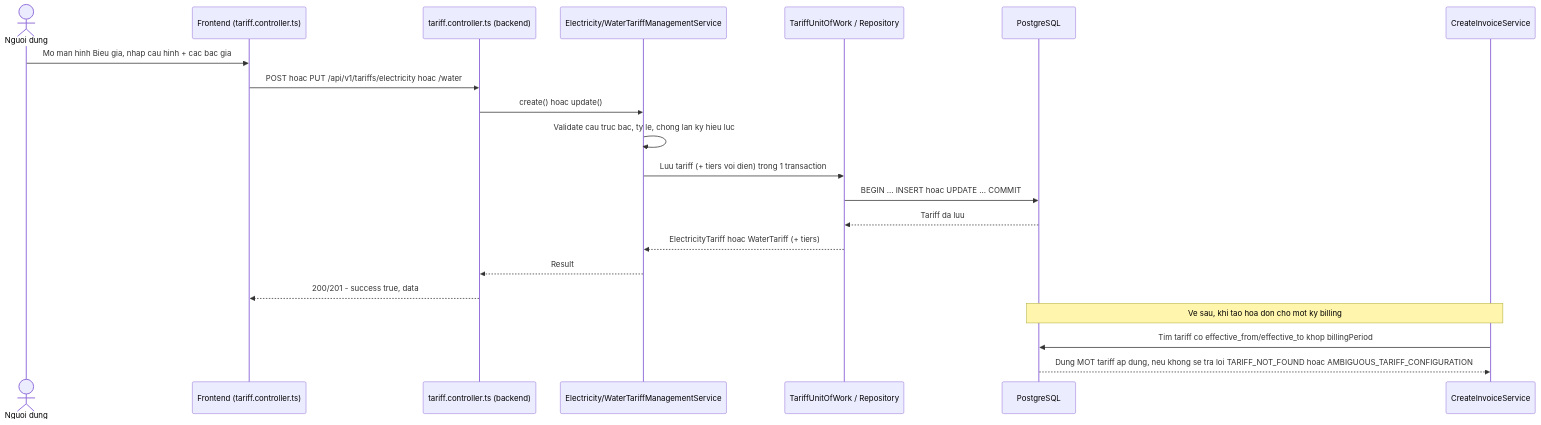
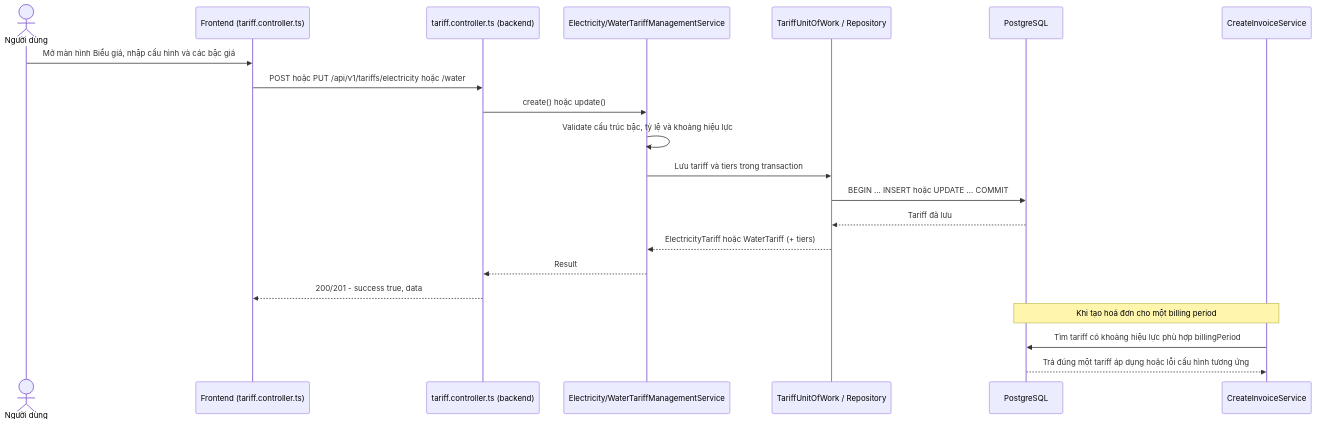
The third of 4 diagrams in README.md (QuocThinh271222007/OpenUtilityBill), drawn with Mermaid before and after one commit. The commit also changed other lines of this file, not shown here.

````diff
--- a/README.md
+++ b/README.md
@@ -130,25 +125,25 @@
 ```mermaid
 sequenceDiagram
-    actor U as Nguoi dung
+    actor U as Người dùng
     participant FE as Frontend (tariff.controller.ts)
     participant C as tariff.controller.ts (backend)
     participant S as Electricity/WaterTariffManagementService
     participant UOW as TariffUnitOfWork / Repository
     participant DB as PostgreSQL
     participant INV as CreateInvoiceService
 
-    U->>FE: Mo man hinh Bieu gia, nhap cau hinh + cac bac gia
-    FE->>C: POST hoac PUT /api/v1/tariffs/electricity hoac /water
-    C->>S: create() hoac update()
-    S->>S: Validate cau truc bac, ty le, chong lan ky hieu luc
-    S->>UOW: Luu tariff (+ tiers voi dien) trong 1 transaction
-    UOW->>DB: BEGIN ... INSERT hoac UPDATE ... COMMIT
-    DB-->>UOW: Tariff da luu
-    UOW-->>S: ElectricityTariff hoac WaterTariff (+ tiers)
+    U->>FE: Mở màn hình Biểu giá, nhập cấu hình và các bậc giá
+    FE->>C: POST hoặc PUT /api/v1/tariffs/electricity hoặc /water
+    C->>S: create() hoặc update()
+    S->>S: Validate cấu trúc bậc, tỷ lệ và khoảng hiệu lực
+    S->>UOW: Lưu tariff và tiers trong transaction
+    UOW->>DB: BEGIN ... INSERT hoặc UPDATE ... COMMIT
+    DB-->>UOW: Tariff đã lưu
+    UOW-->>S: ElectricityTariff hoặc WaterTariff (+ tiers)
     S-->>C: Result
     C-->>FE: 200/201 - success true, data
 
-    Note over INV,DB: Ve sau, khi tao hoa don cho mot ky billing
-    INV->>DB: Tim tariff co effective_from/effective_to khop billingPeriod
-    DB-->>INV: Dung MOT tariff ap dung, neu khong se tra loi TARIFF_NOT_FOUND hoac AMBIGUOUS_TARIFF_CONFIGURATION
+    Note over INV,DB: Khi tạo hoá đơn cho một billing period
+    INV->>DB: Tìm tariff có khoảng hiệu lực phù hợp billingPeriod
+    DB-->>INV: Trả đúng một tariff áp dụng hoặc lỗi cấu hình tương ứng
 ```
````
